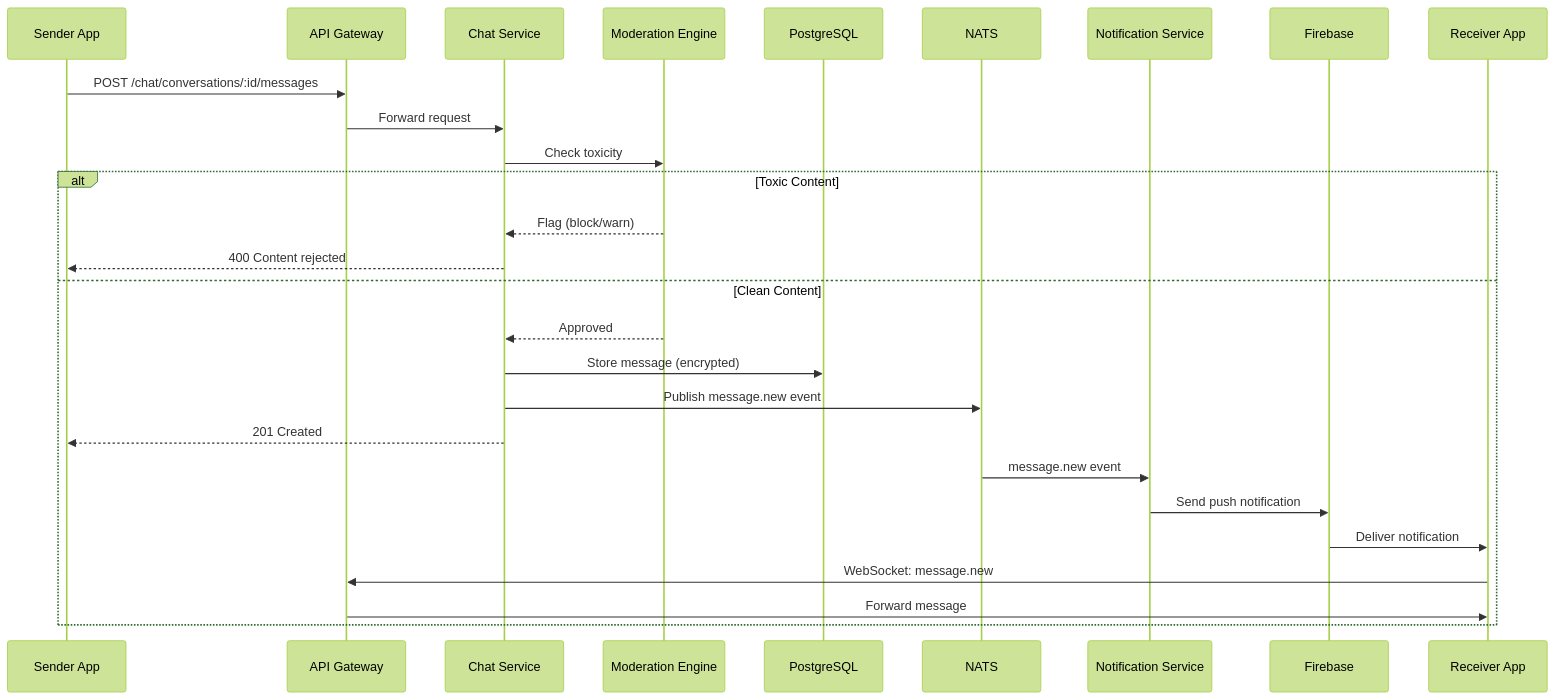
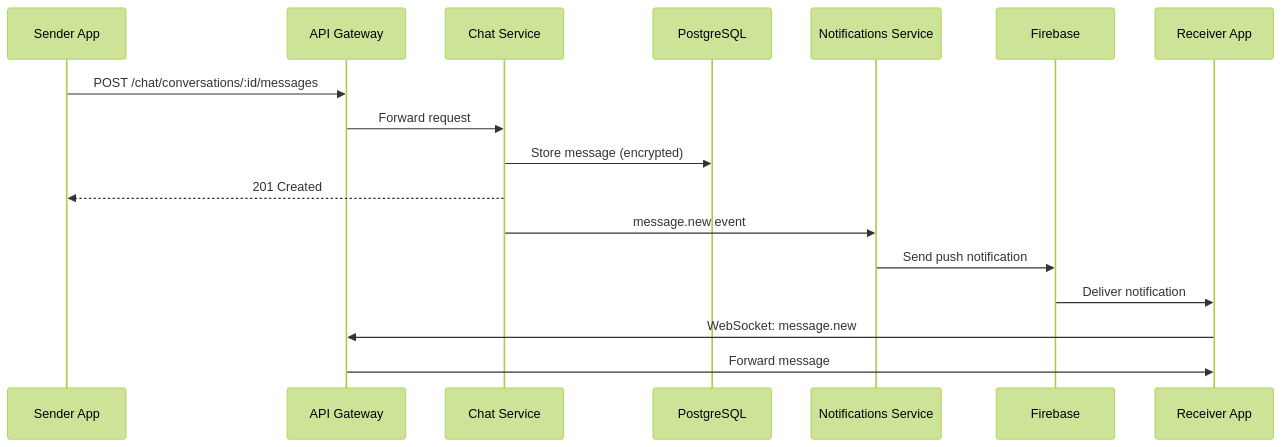
The third of 7 diagrams in docs/04-System-Architecture.md (ojowa/connecta), drawn with Mermaid (forest theme) before and after one commit. The commit also changed other lines of this file and 22 other files, not shown here.

Commit message:
docs: update all 23 docs to reflect actual codebase (OJChat, public schema, 13 services, no NATS/Python)

````diff
--- a/docs/04-System-Architecture.md
+++ b/docs/04-System-Architecture.md
@@ -439,30 +390,20 @@
 ```mermaid
 sequenceDiagram
     participant M1 as Sender App
     participant GW as API Gateway
     participant CS as Chat Service
-    participant MOD as Moderation Engine
     participant DB as PostgreSQL
-    participant NATS as NATS
-    participant NS as Notification Service
+    participant NS as Notifications Service
     participant FCM as Firebase
     participant M2 as Receiver App
 
     M1->>GW: POST /chat/conversations/:id/messages
     GW->>CS: Forward request
-    CS->>MOD: Check toxicity
-    alt Toxic Content
-        MOD-->>CS: Flag (block/warn)
-        CS-->>M1: 400 Content rejected
-    else Clean Content
-        MOD-->>CS: Approved
-        CS->>DB: Store message (encrypted)
-        CS->>NATS: Publish message.new event
-        CS-->>M1: 201 Created
-        NATS->>NS: message.new event
-        NS->>FCM: Send push notification
-        FCM->>M2: Deliver notification
-        M2->>GW: WebSocket: message.new
-        GW->>M2: Forward message
-    end
+    CS->>DB: Store message (encrypted)
+    CS-->>M1: 201 Created
+    CS->>NS: message.new event
+    NS->>FCM: Send push notification
+    FCM->>M2: Deliver notification
+    M2->>GW: WebSocket: message.new
+    GW->>M2: Forward message
 ```
````
